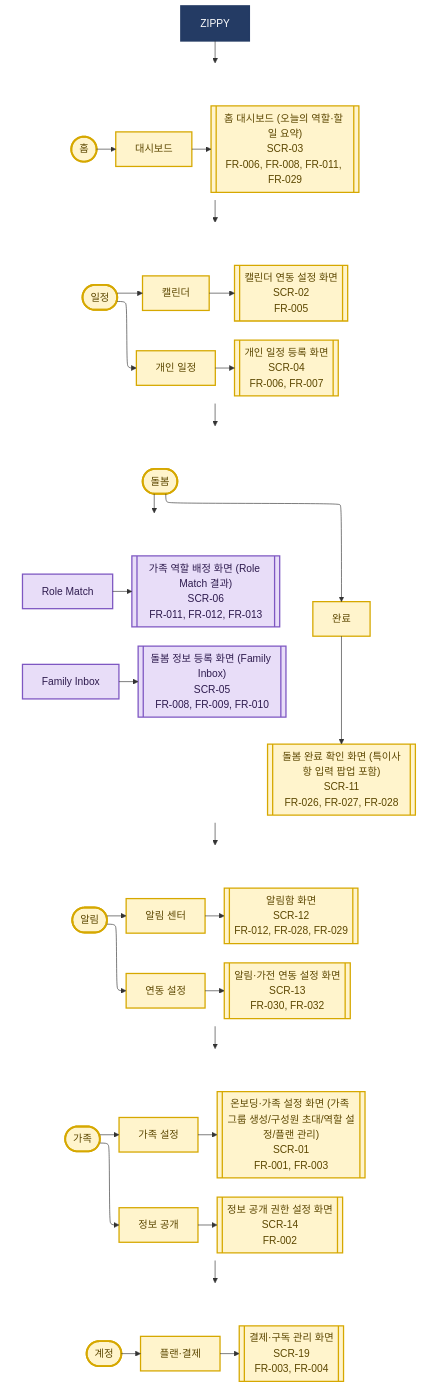
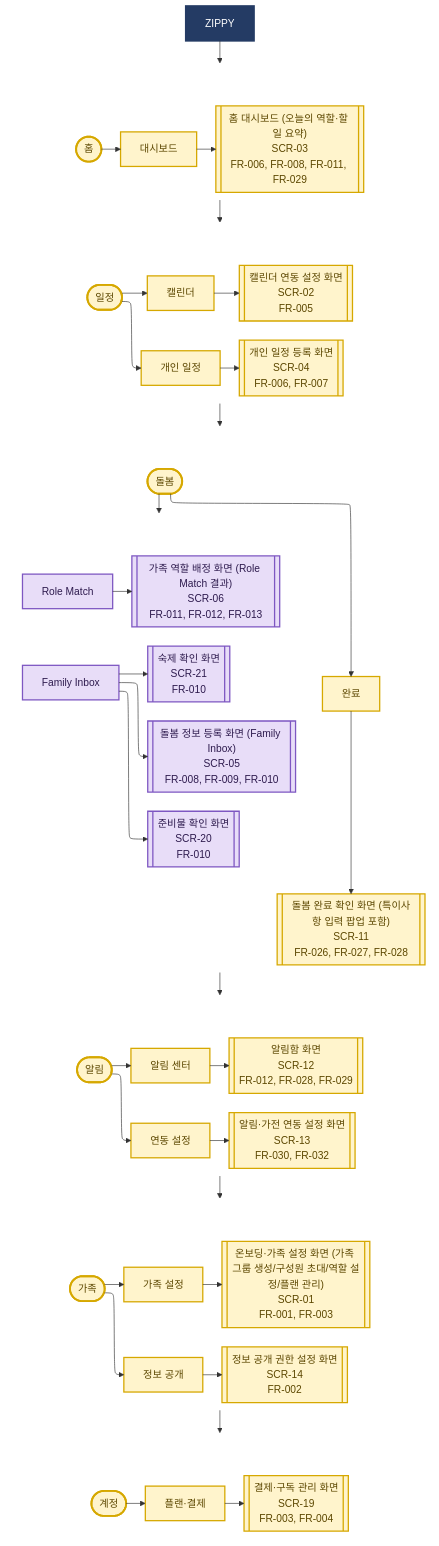
Before and after one commit to tarcein/LGDXPJ: the diagram in docs/메뉴구조도다이어그램/01_MVP_메뉴구조도.mmd, drawn with Mermaid. The commit also changed 52 other files, not shown here.

```diff
--- a/docs/메뉴구조도다이어그램/01_MVP_메뉴구조도.mmd
+++ b/docs/메뉴구조도다이어그램/01_MVP_메뉴구조도.mmd
@@ -1,76 +1,78 @@
 %% ZIPPY MVP 메뉴구조도
 %%{init: {"flowchart": {"defaultRenderer": "elk", "nodeSpacing": 18, "rankSpacing": 28, "curve": "basis"}}}%%
 flowchart TB
   root["ZIPPY"]
 
   subgraph homeRow[" "]
     direction LR
     home(["홈"]) --> homeMenu["대시보드"] --> s3[["홈 대시보드 (오늘의 역할·할 일 요약)<br/>SCR-03<br/>FR-006, FR-008, FR-011, FR-029"]]
   end
   subgraph scheduleRow[" "]
     direction LR
     schedule(["일정"])
     calendar["캘린더"] --> s2[["캘린더 연동 설정 화면<br/>SCR-02<br/>FR-005"]]
     personalSchedule["개인 일정"] --> s4[["개인 일정 등록 화면<br/>SCR-04<br/>FR-006, FR-007"]]
     schedule --> calendar
     schedule --> personalSchedule
   end
   subgraph careRow[" "]
     direction TB
     care(["돌봄"])
     subgraph careTop[" "]
       direction LR
       inbox["Family Inbox"] --> s5[["돌봄 정보 등록 화면 (Family Inbox)<br/>SCR-05<br/>FR-008, FR-009, FR-010"]]
+      inbox --> s20[["준비물 확인 화면<br/>SCR-20<br/>FR-010"]]
+      inbox --> s21[["숙제 확인 화면<br/>SCR-21<br/>FR-010"]]
       roleMatch["Role Match"] --> s6[["가족 역할 배정 화면 (Role Match 결과)<br/>SCR-06<br/>FR-011, FR-012, FR-013"]]
     end
     complete["완료"] --> s11[["돌봄 완료 확인 화면 (특이사항 입력 팝업 포함)<br/>SCR-11<br/>FR-026, FR-027, FR-028"]]
     care --> careTop
     care --> complete
   end
   subgraph notifyRow[" "]
     direction LR
     notify(["알림"])
     notificationCenter["알림 센터"] --> s12[["알림함 화면<br/>SCR-12<br/>FR-012, FR-028, FR-029"]]
     integration["연동 설정"] --> s13[["알림·가전 연동 설정 화면<br/>SCR-13<br/>FR-030, FR-032"]]
     notify --> notificationCenter
     notify --> integration
   end
   subgraph familyRow[" "]
     direction LR
     family(["가족"])
     familySettings["가족 설정"] --> s1[["온보딩·가족 설정 화면 (가족 그룹 생성/구성원 초대/역할 설정/플랜 관리)<br/>SCR-01<br/>FR-001, FR-003"]]
     privacy["정보 공개"] --> s14[["정보 공개 권한 설정 화면<br/>SCR-14<br/>FR-002"]]
     family --> familySettings
     family --> privacy
   end
   subgraph accountRow[" "]
     direction LR
     account(["계정"]) --> plan["플랜·결제"] --> s19[["결제·구독 관리 화면<br/>SCR-19<br/>FR-003, FR-004"]]
   end
 
   root --> homeRow
   homeRow --> scheduleRow
   scheduleRow --> careRow
   careRow --> notifyRow
   notifyRow --> familyRow
   familyRow --> accountRow
 
   classDef rootStyle fill:#243B64,stroke:#243B64,color:#FFFFFF,stroke-width:3px
   classDef depth1Base fill:#FFF4CC,stroke:#D6A800,color:#5C4700,stroke-width:3px
   classDef depth2Base fill:#FFF4CC,stroke:#D6A800,color:#5C4700,stroke-width:2px
   classDef depth2Core fill:#E8DDF8,stroke:#7E57C2,color:#2E1B4E,stroke-width:2px
   classDef screenBase fill:#FFF4CC,stroke:#D6A800,color:#5C4700,stroke-width:2px
   classDef screenCore fill:#E8DDF8,stroke:#7E57C2,color:#2E1B4E,stroke-width:2px
   class root rootStyle
   class home,schedule,care,notify,family,account depth1Base
   class homeMenu,calendar,personalSchedule,complete,notificationCenter,integration,familySettings,privacy,plan depth2Base
   class inbox,roleMatch depth2Core
   class s1,s2,s3,s4,s11,s12,s13,s14,s19 screenBase
-  class s5,s6 screenCore
+  class s5,s6,s20,s21 screenCore
   style homeRow fill:transparent,stroke:transparent
   style scheduleRow fill:transparent,stroke:transparent
   style careRow fill:transparent,stroke:transparent
   style careTop fill:transparent,stroke:transparent
   style notifyRow fill:transparent,stroke:transparent
   style familyRow fill:transparent,stroke:transparent
   style accountRow fill:transparent,stroke:transparent
```
